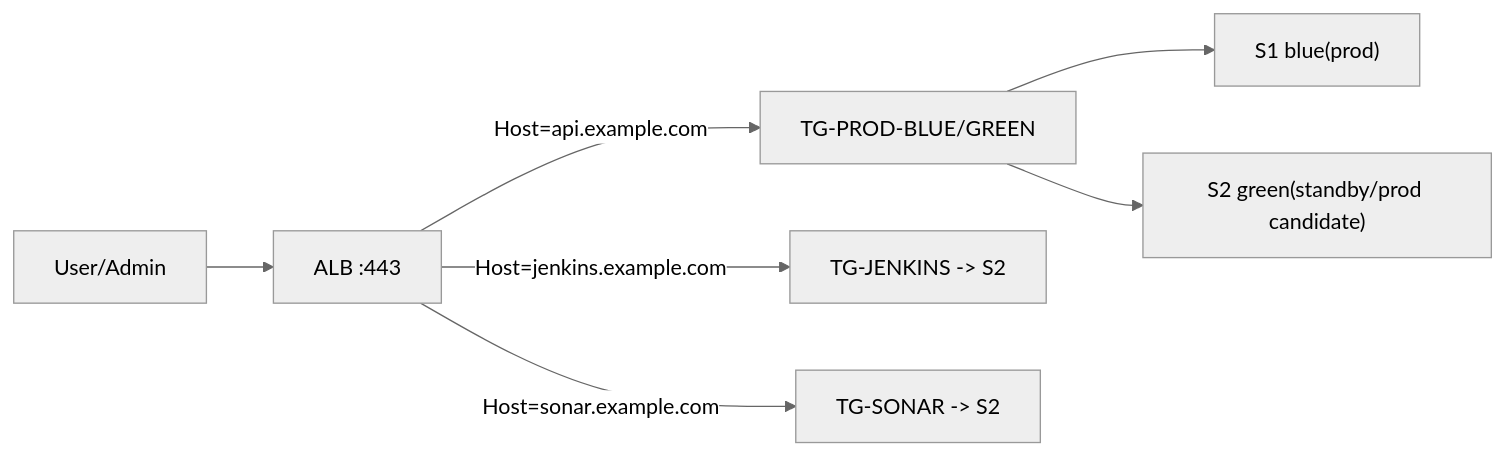
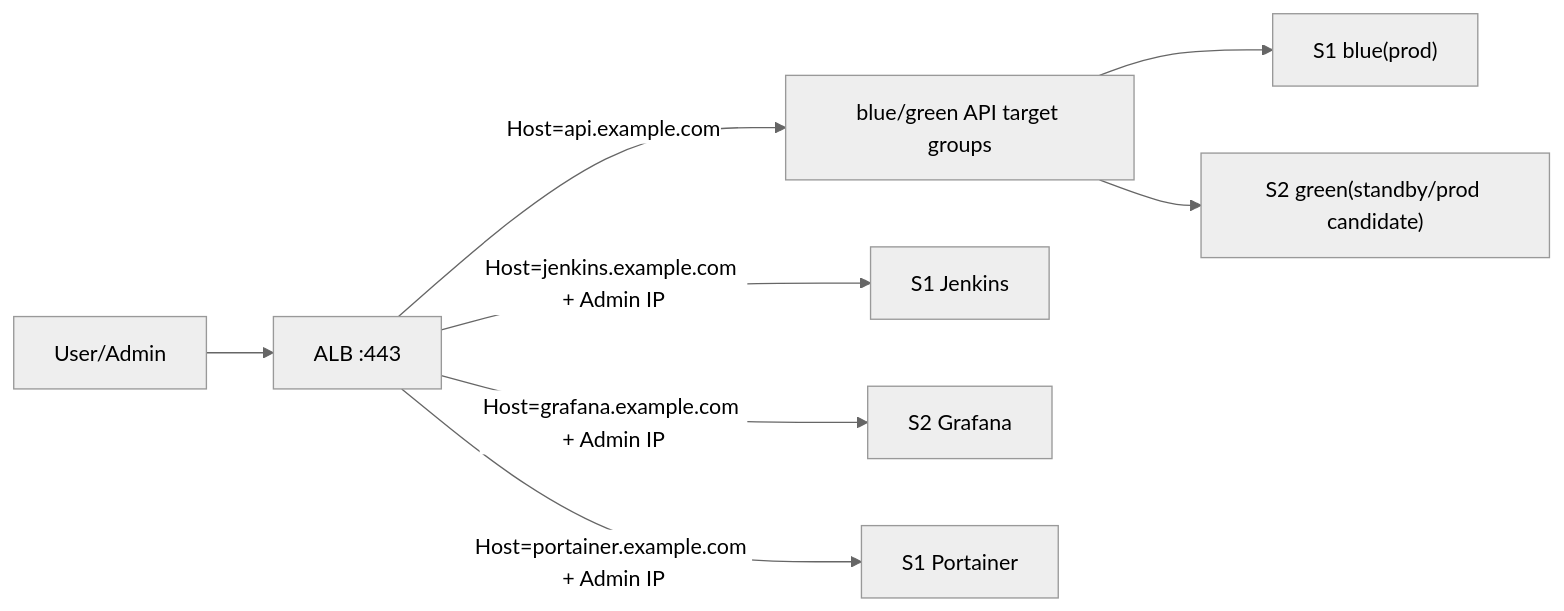
One commit to busaneumgil/busaneumgil changed the second of 2 diagrams in Docs/인프라/2026-04-20_AWS_인프라_설계안.md. Above: the diagram before and after it, drawn with Mermaid (neutral theme). The commit also changed other lines of this file and 5 other files, not shown here.

````diff
--- a/Docs/인프라/2026-04-20_AWS_인프라_설계안.md
+++ b/Docs/인프라/2026-04-20_AWS_인프라_설계안.md
@@ -253,11 +288,12 @@
 ```mermaid
 flowchart LR
     U["User/Admin"] --> ALB["ALB :443"]
 
-    ALB -->|"Host=api.example.com"| PROD["TG-PROD-BLUE/GREEN"]
-    ALB -->|"Host=jenkins.example.com"| JENKINS["TG-JENKINS -> S2"]
-    ALB -->|"Host=sonar.example.com"| SONAR["TG-SONAR -> S2"]
+    ALB -->|"Host=api.example.com"| API["blue/green API target groups"]
+    ALB -->|"Host=jenkins.example.com + Admin IP"| JENKINS["S1 Jenkins"]
+    ALB -->|"Host=grafana.example.com + Admin IP"| GRAFANA["S2 Grafana"]
+    ALB -->|"Host=portainer.example.com + Admin IP"| PORTAINER["S1 Portainer"]
 
-    PROD --> S1["S1 blue(prod)"]
-    PROD --> S2["S2 green(standby/prod candidate)"]
+    API --> S1["S1 blue(prod)"]
+    API --> S2["S2 green(standby/prod candidate)"]
 ```
````
